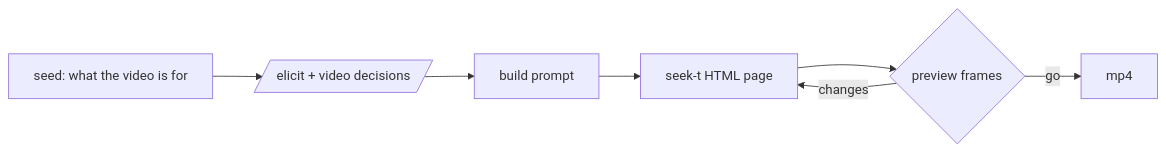
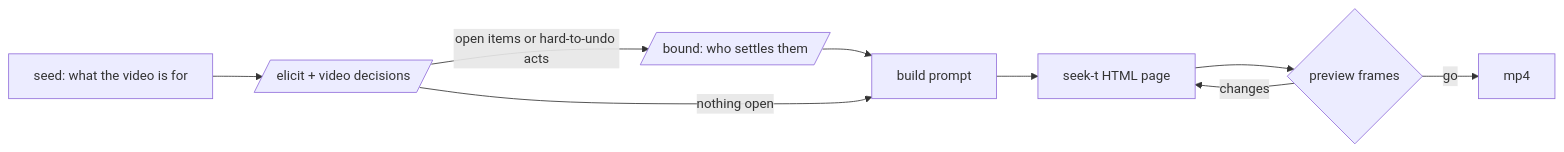
One commit to jongwony/cc-plugin changed the diagram in motion-elicit/README.md. Above: the diagram before and after it, drawn with Mermaid. The commit also changed other lines of this file and 2 other files, not shown here.

First paragraph of the commit message:
feat(motion-elicit): compose /bound at the seam where its deficit appears
choi's principle: a protocol is passed through only where its deficit is
present, which is what protocol composition is — finding the morphism's
solution over the region where the deficit lies, not adding a fixed step.

````diff
--- a/motion-elicit/README.md
+++ b/motion-elicit/README.md
@@ -5,9 +5,11 @@
 ```mermaid
 flowchart LR
   A[seed: what the video is for] --> B[/elicit + video decisions/]
-  B --> C[build prompt]
+  B -- open items or hard-to-undo acts --> G[/bound: who settles them/]
+  G --> C
+  B -- nothing open --> C[build prompt]
   C --> D[seek-t HTML page]
   D --> E{preview frames}
   E -- changes --> D
   E -- go --> F[mp4]
 ```
````
